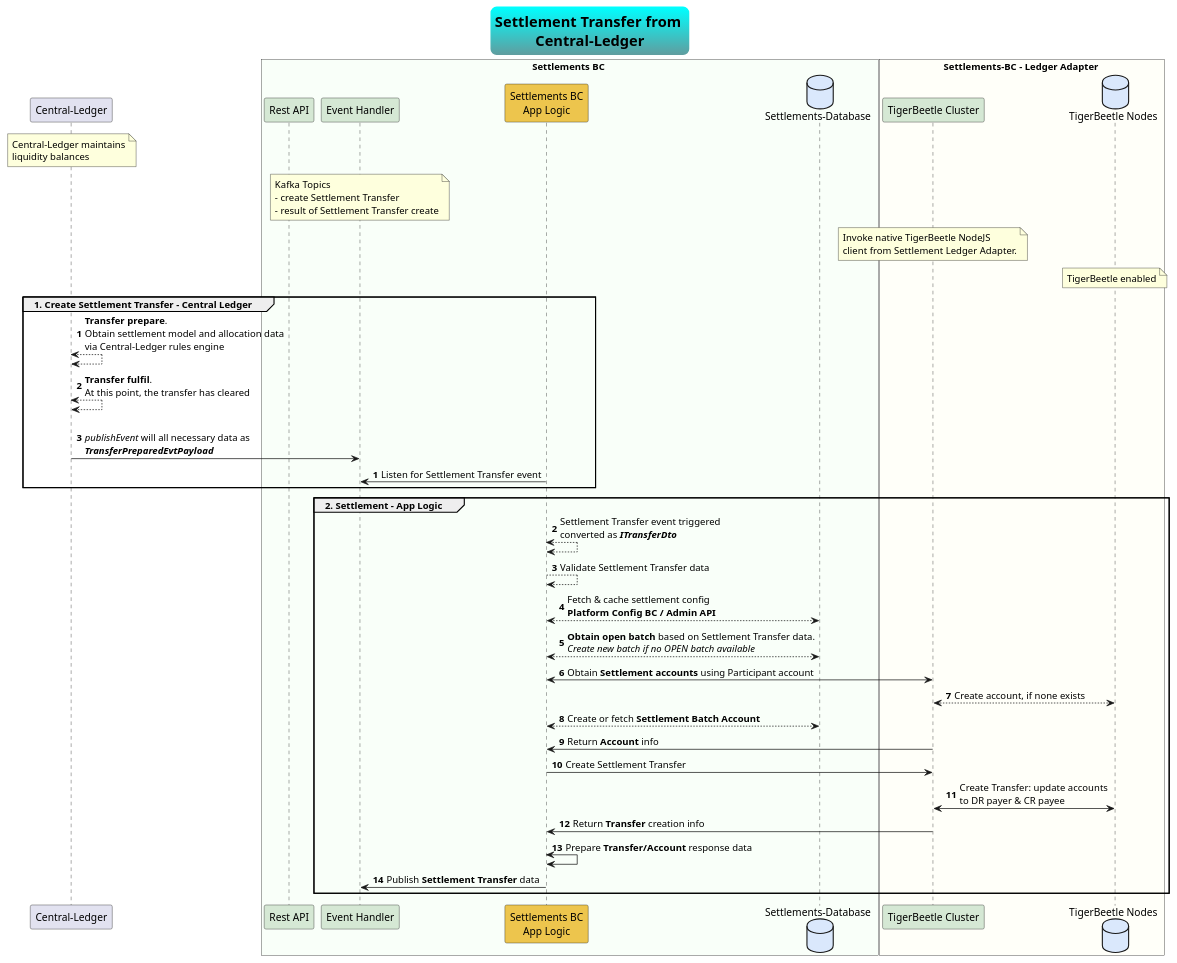
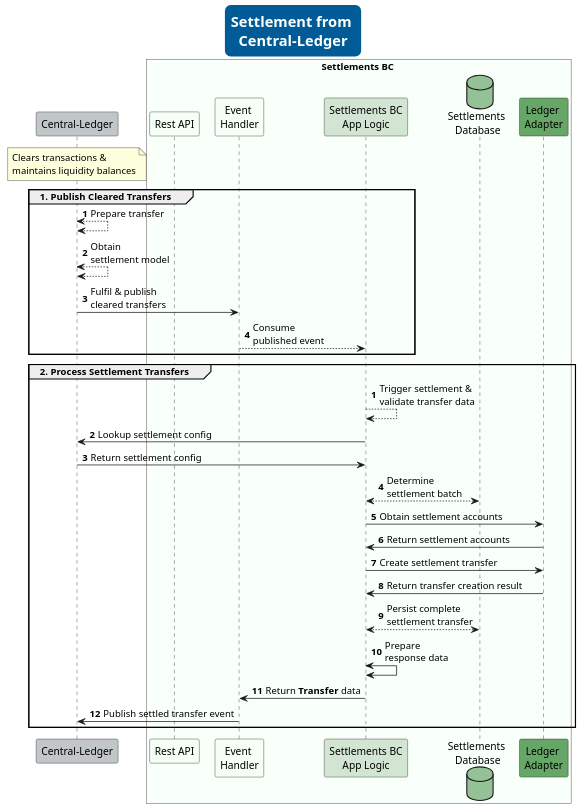
Before and after one commit to mojaloop/settlements-bc: the diagram in docs/flows/01-settlement-transfer-cl.puml, drawn with PlantUML. The commit also changed 1 other file, not shown here.

Commit message:
Updated flow docs.

```diff
--- a/docs/flows/01-settlement-transfer-cl.puml
+++ b/docs/flows/01-settlement-transfer-cl.puml
@@ -1,65 +1,61 @@
-@startuml
+@startuml Settle_with_Central_Ledger
 
 skinparam TitleFontSize 20
-skinparam titleBorderRoundCorner 15
-skinparam titleBorderThickness 2
-skinparam titleBorderColor Aqua-CadetBlue
-skinparam titleBackgroundColor Aqua-CadetBlue
-title Settlement Transfer from \nCentral-Ledger
+skinparam TitleFontColor #FFFFFF
+skinparam titleBorderRoundCorner 10
+skinparam titleBorderThickness 6
+skinparam titleBorderColor #005B96
+skinparam titleBackgroundColor #005B96
+title Settlement from \nCentral-Ledger
 
-participant "Central-Ledger" as ext_cl
+participant "Central-Ledger" as ext_cl #C1C7C9
 note over ext_cl
-    Central-Ledger maintains
-    liquidity balances
+    Clears transactions &
+    maintains liquidity balances
 end note
 
 box Settlements BC #F9FFF9
-    participant "Rest API" as sbc_rest #D5E8D4
-    participant "Event Handler" as sbc_event #D5E8D4
-    note over sbc_event
-        Kafka Topics
-        - create Settlement Transfer
-        - result of Settlement Transfer create
-    end note
-    participant "Settlements BC\nApp Logic" as sbc_app_logic #EDC54D
-    database "Settlements-Database" as sbc_db #DAE8FC
+    participant "Rest API" as sbc_rest #F5FFF5
+    participant "Event \nHandler" as sbc_event #F5FFF5
+    participant "Settlements BC\nApp Logic" as sbc_app_logic #D2E5D3
+    database "Settlements \nDatabase" as sbc_db #94C195
+    participant "Ledger \nAdapter" as sbc_adptr #66A767
 end box
 
-box Settlements-BC - Ledger Adapter #FFFFF9
-    participant "TigerBeetle Cluster" as abbc_grpc #D5E8D4
-    database "TigerBeetle Nodes" as abbc_tigerbeetle #DAE8FC
-    note over abbc_grpc
-        Invoke native TigerBeetle NodeJS
-        client from Settlement Ledger Adapter.
-    end note
-    note over abbc_tigerbeetle
-        TigerBeetle enabled
-    end note
-end box
-
-group 1. Create Settlement Transfer - Central Ledger
+group 1. Publish Cleared Transfers
 autonumber
-    ext_cl <--> ext_cl : **Transfer prepare**. \nObtain settlement model and allocation data\nvia Central-Ledger rules engine
-    ext_cl <--> ext_cl : **Transfer fulfil**. \nAt this point, the transfer has cleared
-    ext_cl -> sbc_event : \n//publishEvent// will all necessary data as\n**//TransferPreparedEvtPayload//**
+    ext_cl <--> ext_cl : Prepare transfer
+    'ext_cl <--> ext_cl : **Transfer prepare**. \nObtain settlement model and allocation data\nvia Central-Ledger rules engine
+    ext_cl <--> ext_cl : Obtain \nsettlement model
+    ext_cl -> sbc_event : Fulfil & publish \ncleared transfers
+    'ext_cl -> sbc_event : \n//publishEvent// will all necessary data as\n**//TransferPreparedEvtPayload//**
+    sbc_event --> sbc_app_logic : Consume \npublished event
 autonumber
-    sbc_app_logic -> sbc_event : Listen for Settlement Transfer event
+    'sbc_app_logic -> sbc_event : Listen for Settlement Transfer event
 end
 
-group 2. Settlement - App Logic
-    sbc_app_logic <--> sbc_app_logic: Settlement Transfer event triggered\nconverted as **//ITransferDto//**
-    sbc_app_logic --> sbc_app_logic : Validate Settlement Transfer data
-    sbc_app_logic <--> sbc_db : Fetch & cache settlement config\n**Platform Config BC / Admin API**
-    sbc_app_logic <--> sbc_db : **Obtain open batch** based on Settlement Transfer data.\n//Create new batch if no OPEN batch available//
-    sbc_app_logic <-> abbc_grpc : Obtain **Settlement accounts** using Participant account
-    abbc_grpc <--> abbc_tigerbeetle : Create account, if none exists
-    sbc_app_logic <--> sbc_db : Create or fetch **Settlement Batch Account**
-    abbc_grpc -> sbc_app_logic : Return **Account** info
-    sbc_app_logic -> abbc_grpc: Create Settlement Transfer
-    abbc_grpc <-> abbc_tigerbeetle: Create Transfer: update accounts \nto DR payer & CR payee
-    abbc_grpc -> sbc_app_logic : Return **Transfer** creation info
-    sbc_app_logic <-> sbc_app_logic: Prepare **Transfer/Account** response data
-    sbc_app_logic -> sbc_event : Publish **Settlement Transfer** data
+group 2. Process Settlement Transfers
+    sbc_app_logic --> sbc_app_logic: Trigger settlement &\nvalidate transfer data
+    'sbc_app_logic <--> sbc_app_logic: Settlement Transfer event triggered\nconverted as **//ITransferDto//**
+    sbc_app_logic -> ext_cl : Lookup settlement config
+    sbc_app_logic <- ext_cl : Return settlement config
+    'sbc_app_logic <--> sbc_db : Fetch & cache settlement config\n**Platform Config BC / Admin API**
+    sbc_app_logic <--> sbc_db : Determine \nsettlement batch
+    'sbc_app_logic <--> sbc_db : **Obtain open batch** based on Settlement Transfer data.\n//Create new batch if no OPEN batch available//
+    sbc_app_logic -> sbc_adptr : Obtain settlement accounts
+    sbc_app_logic <- sbc_adptr : Return settlement accounts
+    sbc_app_logic -> sbc_adptr: Create settlement transfer
+    sbc_app_logic <- sbc_adptr : Return transfer creation result
+    sbc_app_logic <--> sbc_db : Persist complete \nsettlement transfer
+    'sbc_app_logic <-> abbc_grpc : Obtain **Settlement accounts** using Participant account
+    'sbc_app_logic <--> sbc_db : Create or fetch **Settlement Batch Account**
+    'abbc_grpc -> sbc_app_logic : Return **Account** info
+    'sbc_app_logic -> abbc_grpc: Create Settlement Transfer
+    'abbc_grpc <-> abbc_tigerbeetle: Create Transfer: update accounts \nto DR payer & CR payee
+    'abbc_grpc -> sbc_app_logic : Return **Transfer** creation info
+    sbc_app_logic <-> sbc_app_logic: Prepare \nresponse data
+    sbc_app_logic -> sbc_event : Return **Transfer** data
+    ext_cl <- sbc_event  : Publish settled transfer event
 end
 
 @enduml
```
